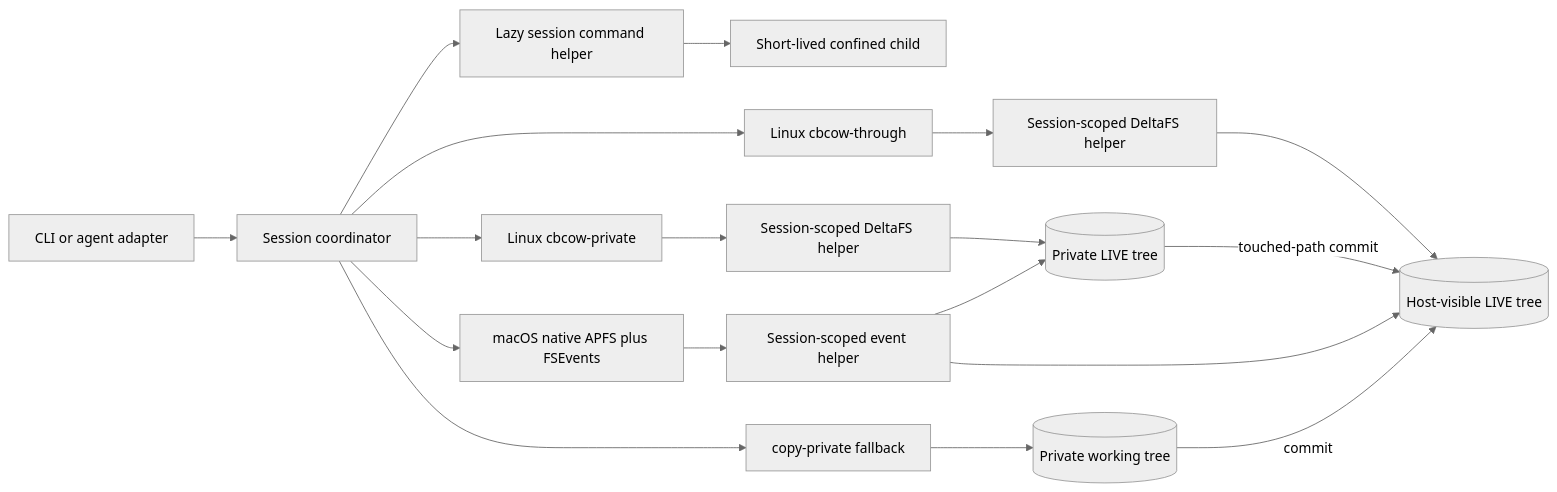
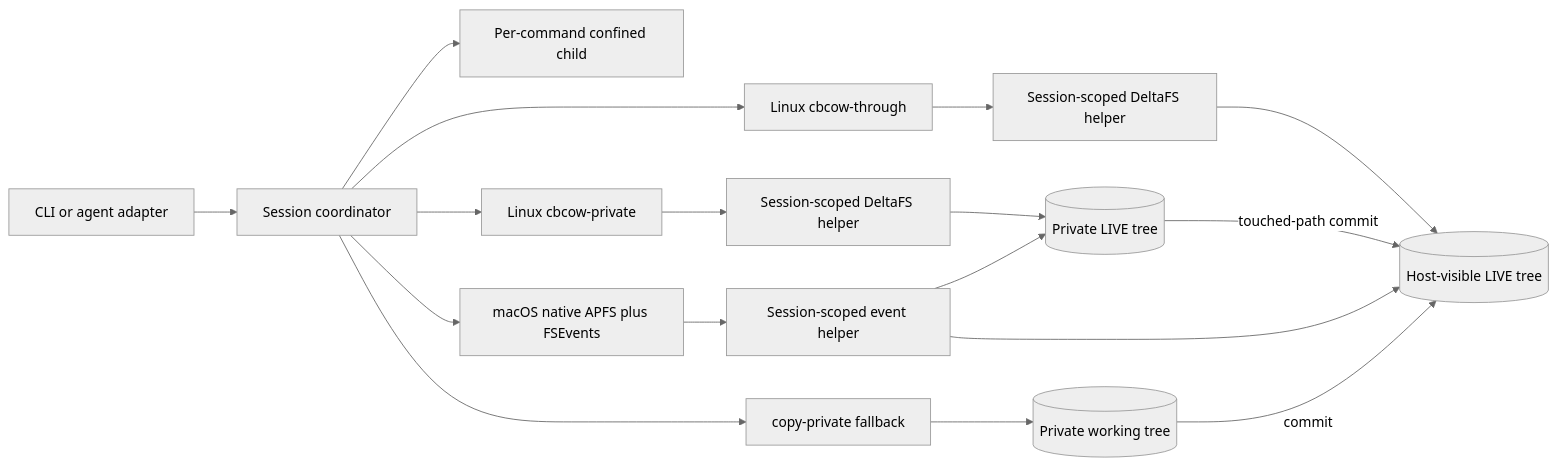
One commit to delta-box/deltabox-lite changed the diagram in README.md. Above: the diagram before and after it, drawn with Mermaid (neutral theme). The commit also changed other lines of this file and 13 other files, not shown here.

````diff
--- a/README.md
+++ b/README.md
@@ -328,20 +328,19 @@
 ```mermaid
 flowchart LR
     A[CLI or agent adapter] --> C[Session coordinator]
-    C --> X[Lazy session command helper]
-    X --> Y[Short-lived confined child]
+    C --> Y[Per-command confined child]
     C --> T[Linux cbcow-through]
     T --> H[Session-scoped DeltaFS helper]
     H --> P[(Host-visible LIVE tree)]
     C --> V[Linux cbcow-private]
     V --> F[Session-scoped DeltaFS helper]
     F --> L[(Private LIVE tree)]
     L -->|touched-path commit| P
     C --> M[macOS native APFS plus FSEvents]
     M --> E[Session-scoped event helper]
     E --> P
     E --> L
     C --> R[copy-private fallback]
     R --> S[(Private working tree)]
     S -->|commit| P
 ```
````
